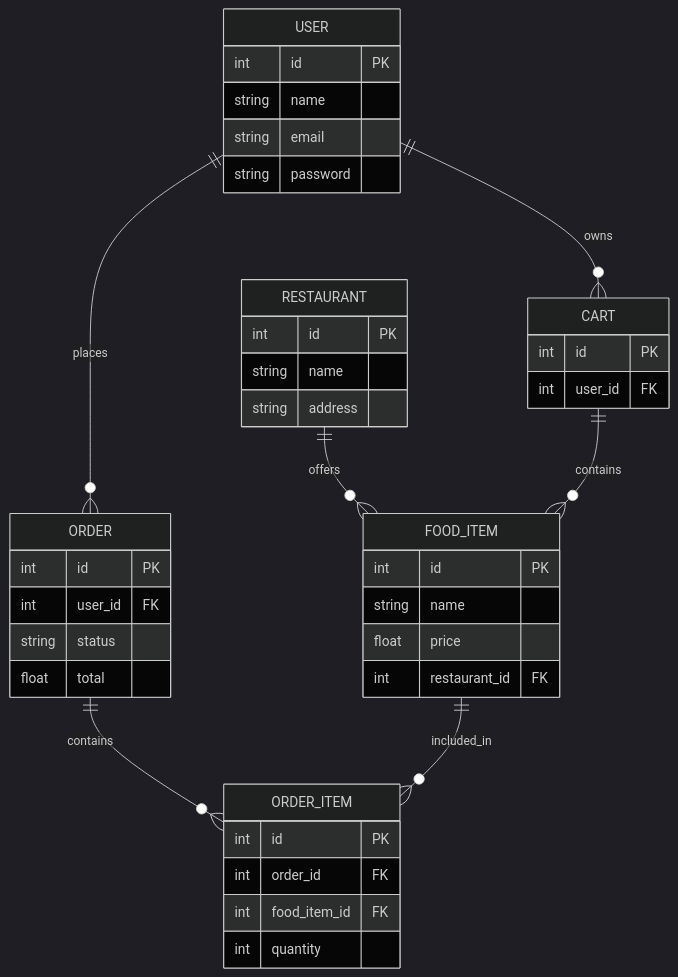
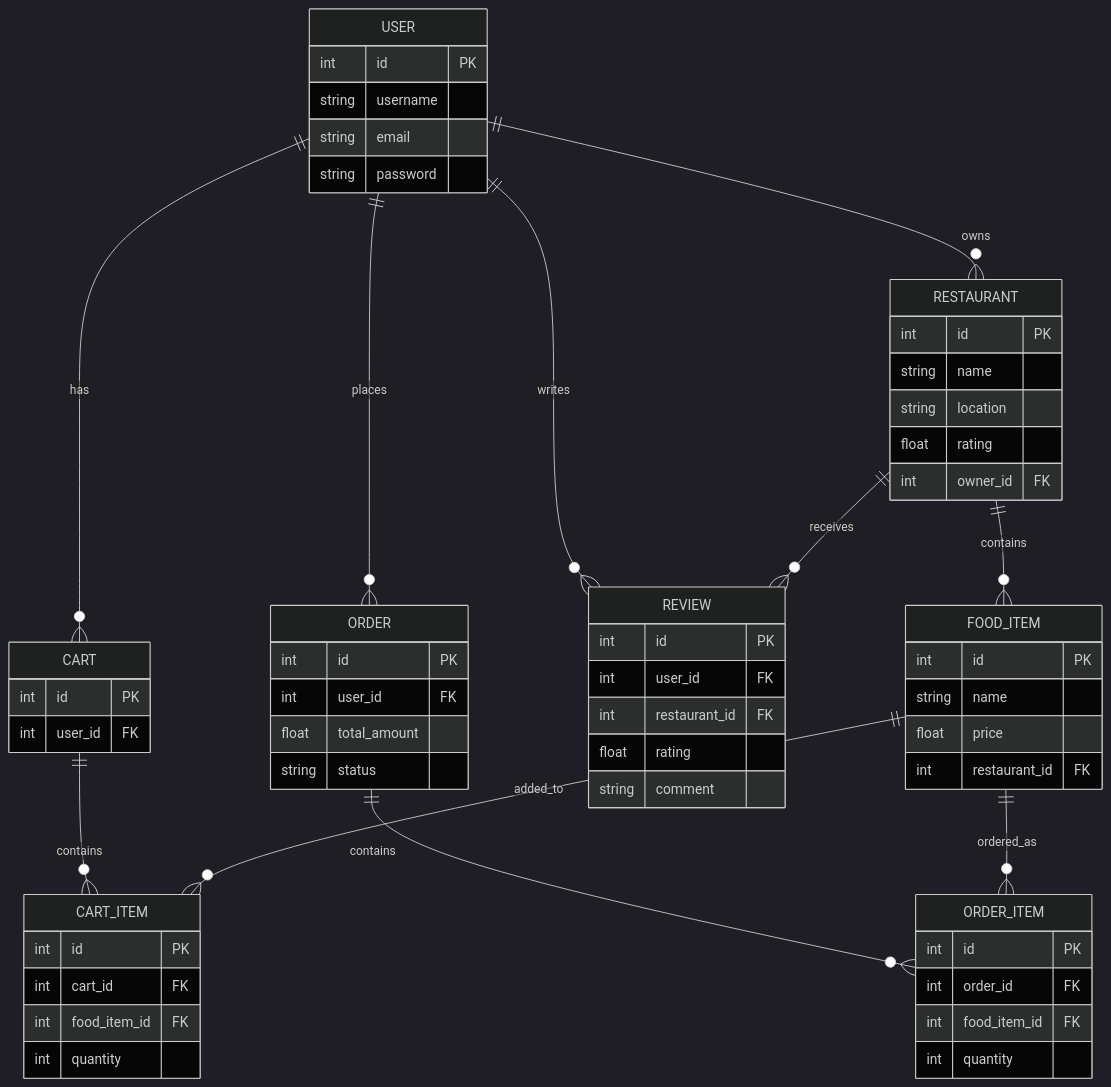
The eighth of 13 diagrams in README.md (SathvikHegade/food_delivary_backend), drawn with Mermaid (dark theme) before and after one commit. The commit also changed other lines of this file, not shown here.

````diff
--- a/README.md
+++ b/README.md
@@ -106,48 +249,72 @@
 ```mermaid
 erDiagram
-    USER ||--o{ CART : owns
+    USER ||--o{ RESTAURANT : owns
+    USER ||--o{ CART : has
     USER ||--o{ ORDER : places
-    RESTAURANT ||--o{ FOOD_ITEM : offers
-    CART ||--o{ FOOD_ITEM : contains
+    USER ||--o{ REVIEW : writes
+
+    RESTAURANT ||--o{ FOOD_ITEM : contains
+    RESTAURANT ||--o{ REVIEW : receives
+
+    CART ||--o{ CART_ITEM : contains
+    FOOD_ITEM ||--o{ CART_ITEM : added_to
+
     ORDER ||--o{ ORDER_ITEM : contains
-    FOOD_ITEM ||--o{ ORDER_ITEM : included_in
+    FOOD_ITEM ||--o{ ORDER_ITEM : ordered_as
 
     USER {
         int id PK
-        string name
+        string username
         string email
         string password
     }
 
     RESTAURANT {
         int id PK
         string name
-        string address
+        string location
+        float rating
+        int owner_id FK
     }
 
     FOOD_ITEM {
         int id PK
         string name
         float price
         int restaurant_id FK
     }
 
     CART {
         int id PK
         int user_id FK
     }
 
+    CART_ITEM {
+        int id PK
+        int cart_id FK
+        int food_item_id FK
+        int quantity
+    }
+
     ORDER {
         int id PK
         int user_id FK
+        float total_amount
         string status
-        float total
     }
 
     ORDER_ITEM {
         int id PK
         int order_id FK
         int food_item_id FK
         int quantity
     }
+
+    REVIEW {
+        int id PK
+        int user_id FK
+        int restaurant_id FK
+        float rating
+        string comment
+    }
 ```
````
